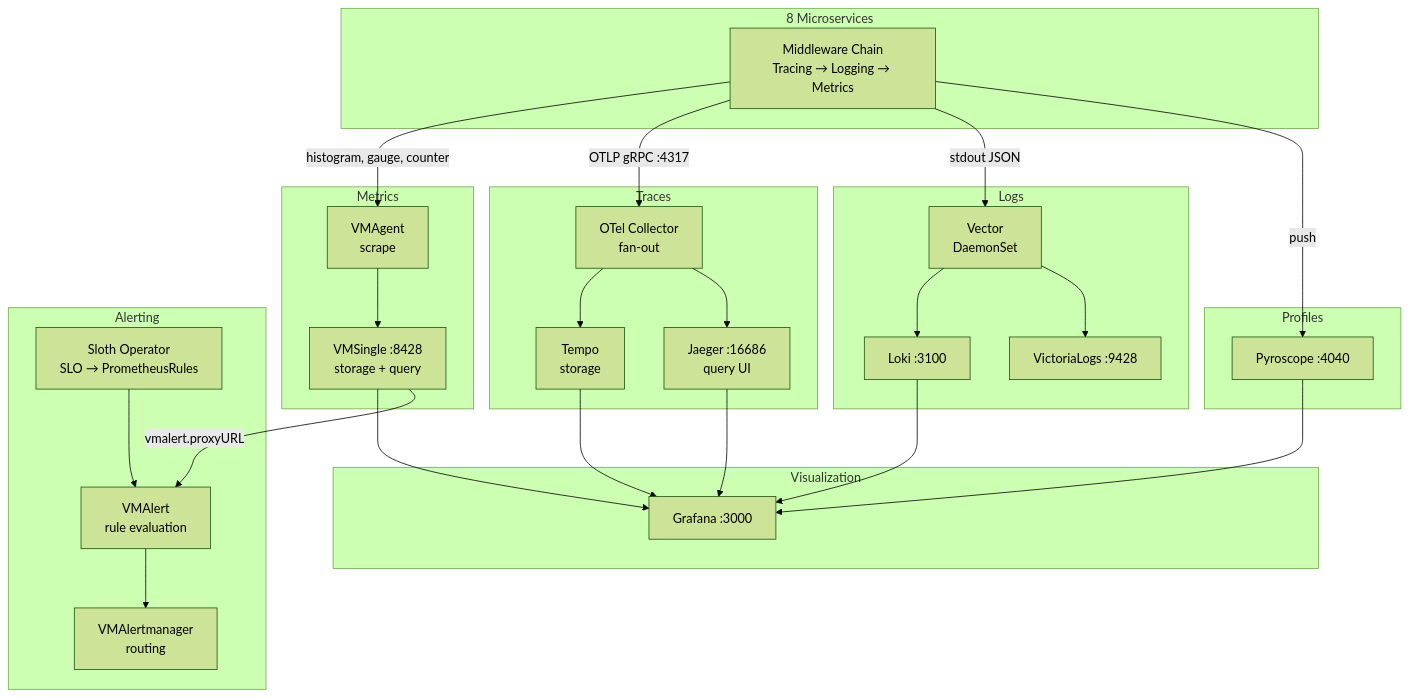
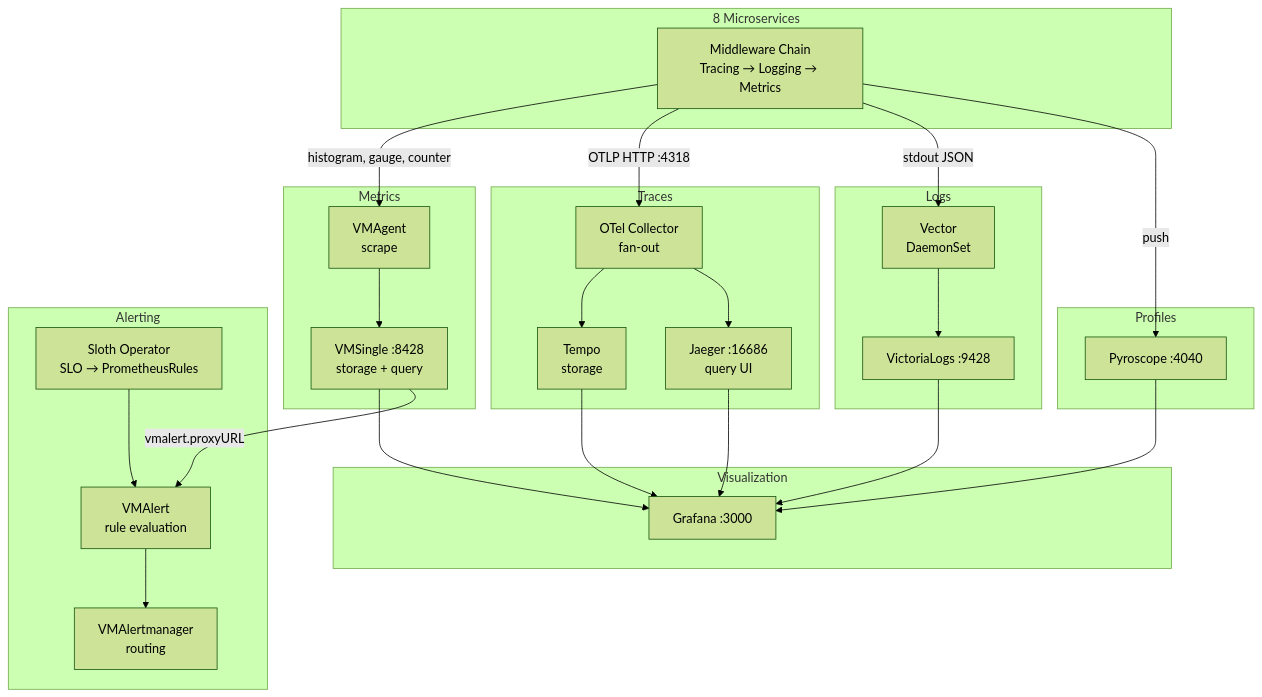
The first of 5 diagrams in docs/observability/README.md (duynhlab/homelab), drawn with Mermaid (forest theme) before and after one commit. The commit also changed other lines of this file and 11 other files, not shown here.

````diff
--- a/docs/observability/README.md
+++ b/docs/observability/README.md
@@ -7,58 +7,56 @@
 ```mermaid
 flowchart TD
     subgraph services [8 Microservices]
         MW["Middleware Chain<br/>Tracing → Logging → Metrics"]
     end
 
     subgraph pillar1 [Metrics]
         VMAgent["VMAgent<br/>scrape"]
         VMSingle["VMSingle :8428<br/>storage + query"]
     end
 
     subgraph pillar2 [Traces]
         OTel["OTel Collector<br/>fan-out"]
         Tempo["Tempo<br/>storage"]
         Jaeger["Jaeger :16686<br/>query UI"]
     end
 
     subgraph pillar3 [Logs]
         Vector["Vector<br/>DaemonSet"]
-        Loki["Loki :3100"]
         VLogs["VictoriaLogs :9428"]
     end
 
     subgraph pillar4 [Profiles]
         Pyroscope["Pyroscope :4040"]
     end
 
     subgraph viz [Visualization]
         Grafana["Grafana :3000"]
     end
 
     subgraph alert [Alerting]
         VMAlert["VMAlert<br/>rule evaluation"]
         VMAlertmanager["VMAlertmanager<br/>routing"]
         Sloth["Sloth Operator<br/>SLO → PrometheusRules"]
     end
 
     MW -->|"histogram, gauge, counter"| VMAgent
-    MW -->|"OTLP gRPC :4317"| OTel
+    MW -->|"OTLP HTTP :4318"| OTel
     MW -->|"stdout JSON"| Vector
     MW -->|"push"| Pyroscope
 
     VMAgent --> VMSingle
     OTel --> Tempo
     OTel --> Jaeger
-    Vector --> Loki
     Vector --> VLogs
 
     VMSingle --> Grafana
     Tempo --> Grafana
-    Loki --> Grafana
+    VLogs --> Grafana
     Jaeger --> Grafana
     Pyroscope --> Grafana
 
     VMSingle -->|"vmalert.proxyURL"| VMAlert
     VMAlert --> VMAlertmanager
     Sloth --> VMAlert
 ```
````
